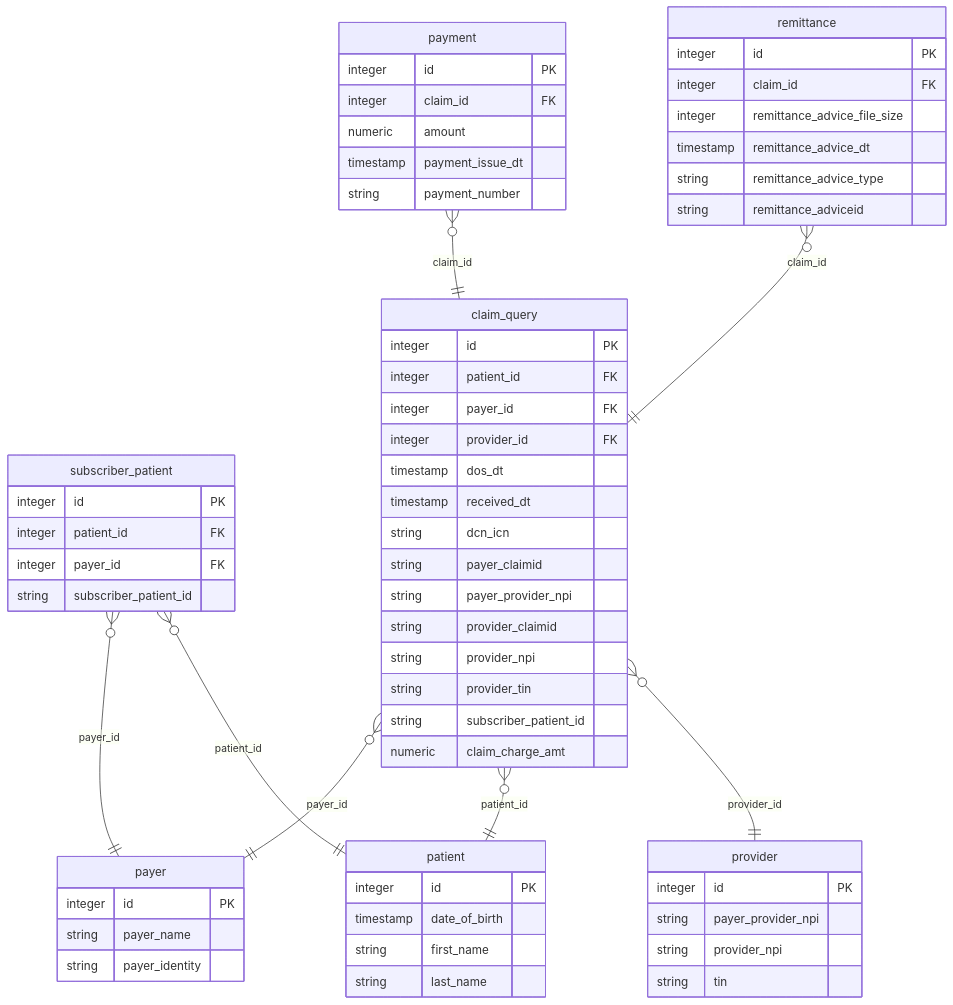
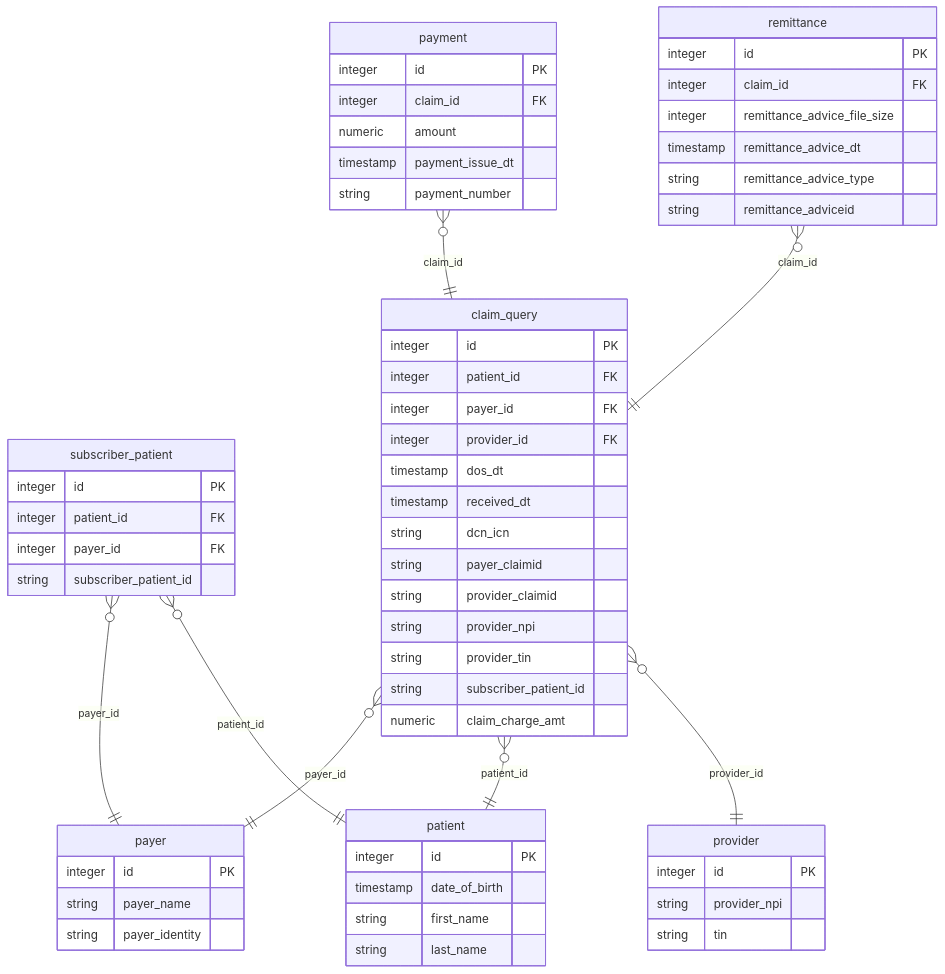
One commit to HL7-DaVinci/postable-remittance-server changed the diagram in README.md. Above: the diagram before and after it, drawn with Mermaid. The commit also changed 4 other files, not shown here.

````diff
--- a/README.md
+++ b/README.md
@@ -128,76 +128,74 @@
 ```mermaid
 %% Courtesy of Mermaid.js 
 %% Syntax: https://mermaid.js.org/syntax/entityRelationshipDiagram.html
 
 erDiagram
   provider {
     integer id PK
-    string payer_provider_npi
     string provider_npi
     string tin
   }
 
   patient {
     integer id PK
     timestamp date_of_birth
     string first_name
     string last_name
   }
 
   payer {
     integer id PK
     string payer_name
     string payer_identity
   }
 
   subscriber_patient {
     integer id PK
     integer patient_id FK
     integer payer_id FK
     string subscriber_patient_id
   }
 
   claim_query {
     integer id PK
     integer patient_id FK
     integer payer_id FK
     integer provider_id FK
     timestamp dos_dt
     timestamp received_dt
     string dcn_icn
     string payer_claimid
-    string payer_provider_npi
     string provider_claimid
     string provider_npi
     string provider_tin
     string subscriber_patient_id
     numeric claim_charge_amt
   }
 
   payment {
     integer id PK
     integer claim_id FK
     numeric amount
     timestamp payment_issue_dt
     string payment_number
   }
 
   remittance {
     integer id PK
     integer claim_id FK
     integer remittance_advice_file_size
     timestamp remittance_advice_dt
     string remittance_advice_type
     string remittance_adviceid
   }
 
 %% Relationships
   claim_query }o--|| payer: "payer_id"
   claim_query }o--|| patient: "patient_id"
   claim_query }o--|| provider: "provider_id"
   payment }o--|| claim_query: "claim_id"
   remittance }o--|| claim_query: "claim_id"
   subscriber_patient }o--|| payer: "payer_id"
   subscriber_patient }o--|| patient: "patient_id"
 
 ```
````
